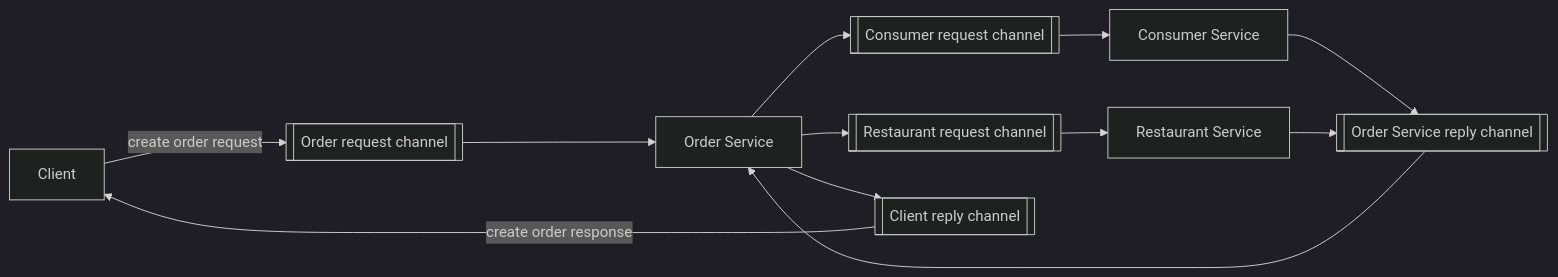
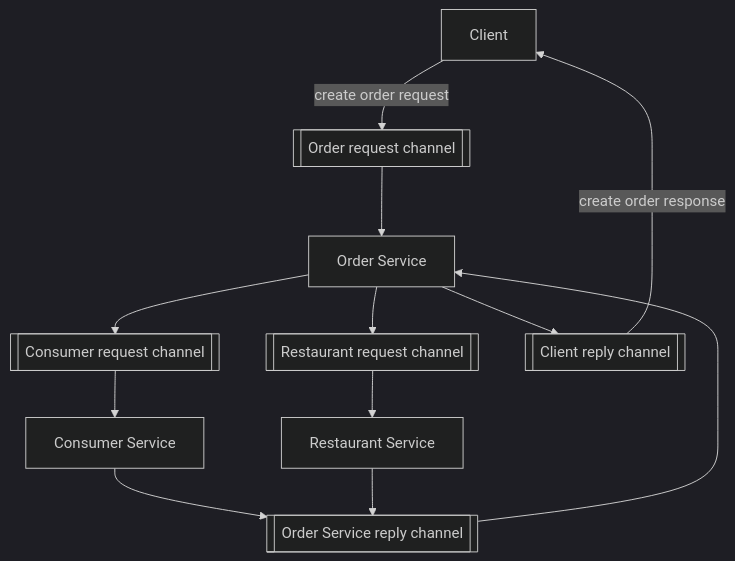
The third of 12 diagrams in 2026-2027-Sem1/AIMLCZG549-APIDrivenCloudNativeSolutions/notes/S01-api-basics.md (sanjaykumarpushadapu/MTech), drawn with Mermaid (dark theme) before and after one commit. The commit also changed other lines of this file and 9 other files, not shown here.

Commit message:
Mermaid: deliberate direction (15 flipped to TD), width check in validator, architecture section as one side-by-side comparison

````diff
--- a/2026-2027-Sem1/AIMLCZG549-APIDrivenCloudNativeSolutions/notes/S01-api-basics.md
+++ b/2026-2027-Sem1/AIMLCZG549-APIDrivenCloudNativeSolutions/notes/S01-api-basics.md
@@ -126,14 +92,14 @@
 ```mermaid
-flowchart LR
+flowchart TD
     C[Client] -->|create order request| ORC[[Order request channel]]
     ORC --> OS[Order Service]
     OS --> CRC[[Consumer request channel]]
     CRC --> CS[Consumer Service]
     OS --> RRC[[Restaurant request channel]]
     RRC --> RS[Restaurant Service]
     CS --> OSR[[Order Service reply channel]]
     RS --> OSR
     OSR --> OS
     OS --> CRP[[Client reply channel]]
     CRP -->|create order response| C
 ```
````
